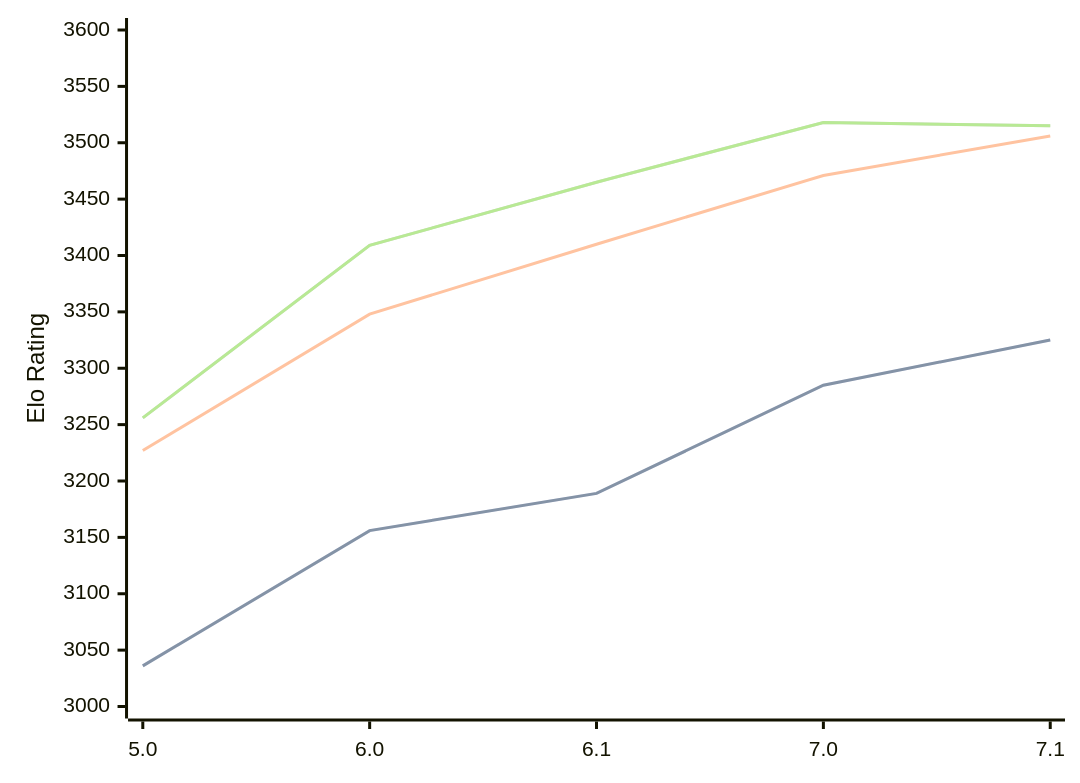
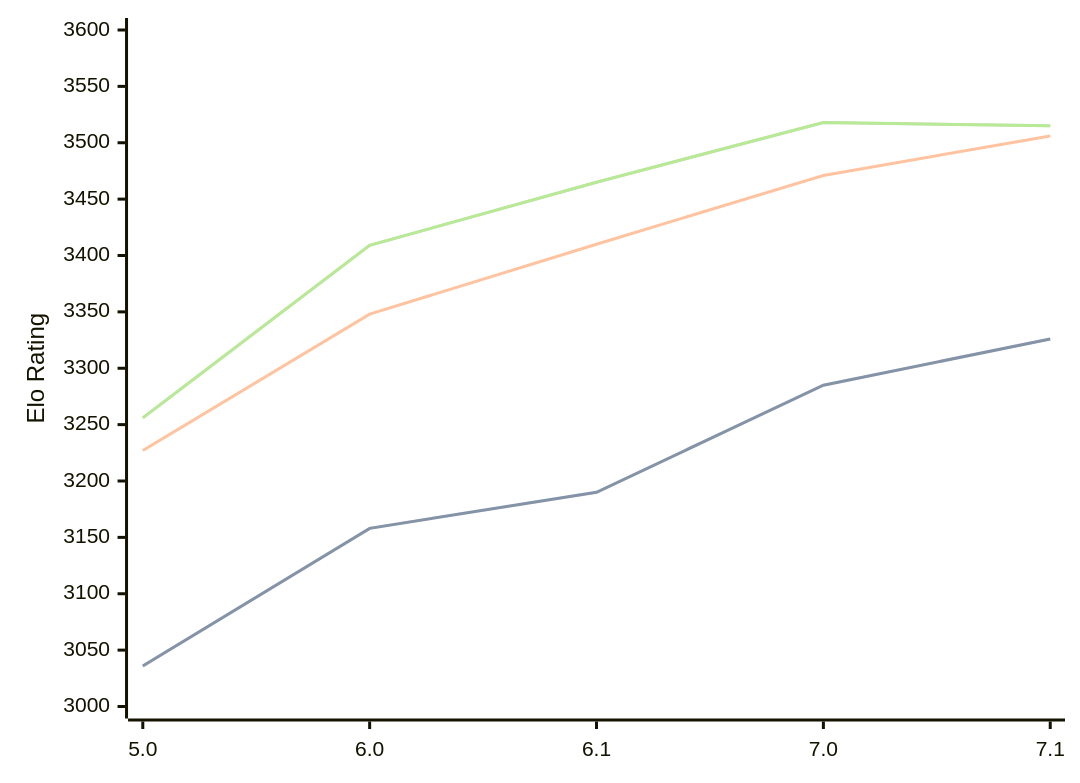
The third of 3 diagrams in engines/PZChessBot.md (computer-chess-index/cci), drawn with Mermaid before and after one commit. The commit also changed other lines of this file, not shown here.

````diff
--- a/engines/PZChessBot.md
+++ b/engines/PZChessBot.md
@@ -77,11 +77,11 @@
 ```mermaid
 %%{init: {"theme":"base","themeVariables":{"seriesColors:['#a3a3a3','#222221','#faa371']}}}%%
 xychart-beta
   x-axis ["5.0", "6.0", "6.1", "7.0", "7.1"]
   y-axis "Elo Rating" 3000 --> 3600
-  line "STC (8.0+0.08s)" [3036, 3156, 3189, 3285, 3325]
-  line "STC (8.0+0.08s)" [3036, 3156, 3189, 3285, 3325]
+  line "STC (8.0+0.08s)" [3036, 3158, 3190, 3285, 3326]
+  line "STC (8.0+0.08s)" [3036, 3158, 3190, 3285, 3326]
   line "LTC (60.0+0.60s)" [3227, 3348, 3410, 3471, 3506]
   line "VLTC (2m24s+1.12s)" [3256, 3409, 3465, 3518, 3515]
   line "VLTC (2m24s+1.12s)" [3256, 3409, 3465, 3518, 3515]
 ```
````
